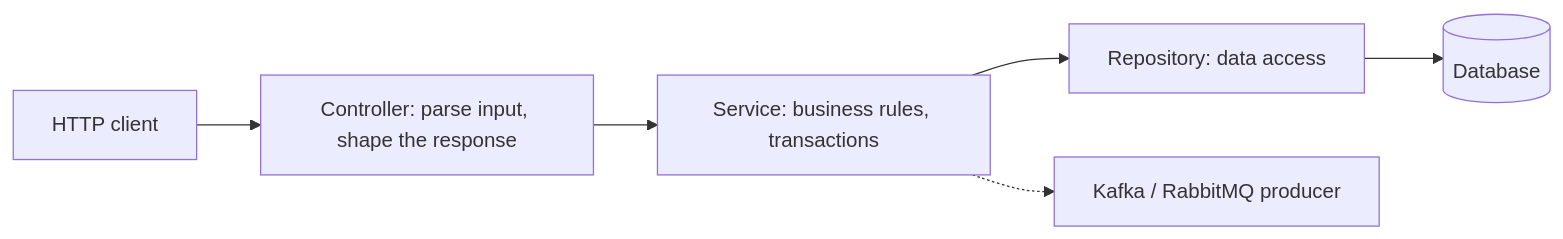
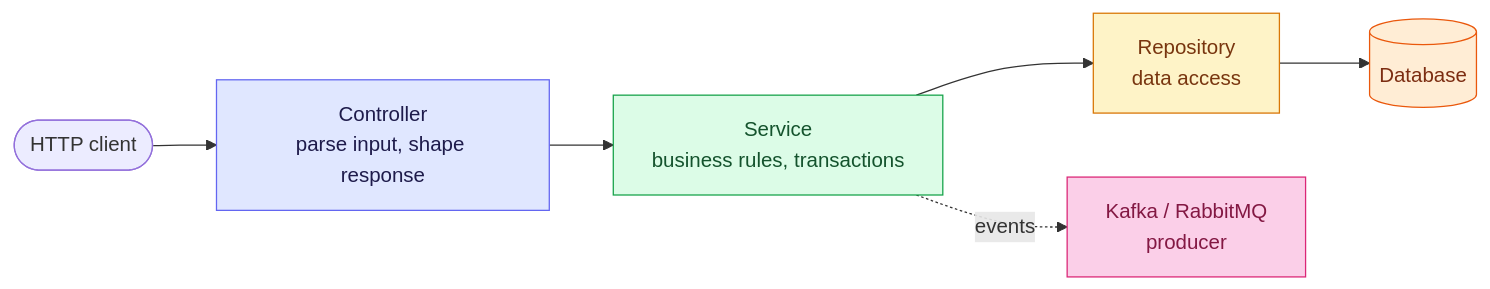
Before and after one commit to Sriram-Karthick-k/progress-tracker: the third of 3 diagrams in content/notes/spring-boot-system-design/01-spring-boot-basics/dependency-injection-and-layers.md, drawn with Mermaid. The commit also changed other lines of this file and 18 other files, not shown here.

````diff
--- a/content/notes/spring-boot-system-design/01-spring-boot-basics/dependency-injection-and-layers.md
+++ b/content/notes/spring-boot-system-design/01-spring-boot-basics/dependency-injection-and-layers.md
@@ -65,8 +123,13 @@
 ```mermaid
 flowchart LR
-  Client[HTTP client] --> C["Controller: parse input, shape the response"]
-  C --> S["Service: business rules, transactions"]
-  S --> R["Repository: data access"]
-  R --> DB[(Database)]
-  S -.-> K["Kafka / RabbitMQ producer"]
+  Client([HTTP client]) --> C["Controller<br/>parse input, shape response"]:::web
+  C --> S["Service<br/>business rules, transactions"]:::svc
+  S --> R["Repository<br/>data access"]:::repo
+  R --> DB[(Database)]:::db
+  S -.->|events| K["Kafka / RabbitMQ<br/>producer"]:::msg
+  classDef web fill:#e0e7ff,stroke:#6366f1,color:#1e1b4b
+  classDef svc fill:#dcfce7,stroke:#16a34a,color:#14532d
+  classDef repo fill:#fef3c7,stroke:#d97706,color:#78350f
+  classDef db fill:#ffedd5,stroke:#ea580c,color:#7c2d12
+  classDef msg fill:#fbcfe8,stroke:#db2777,color:#831843
 ```
````
